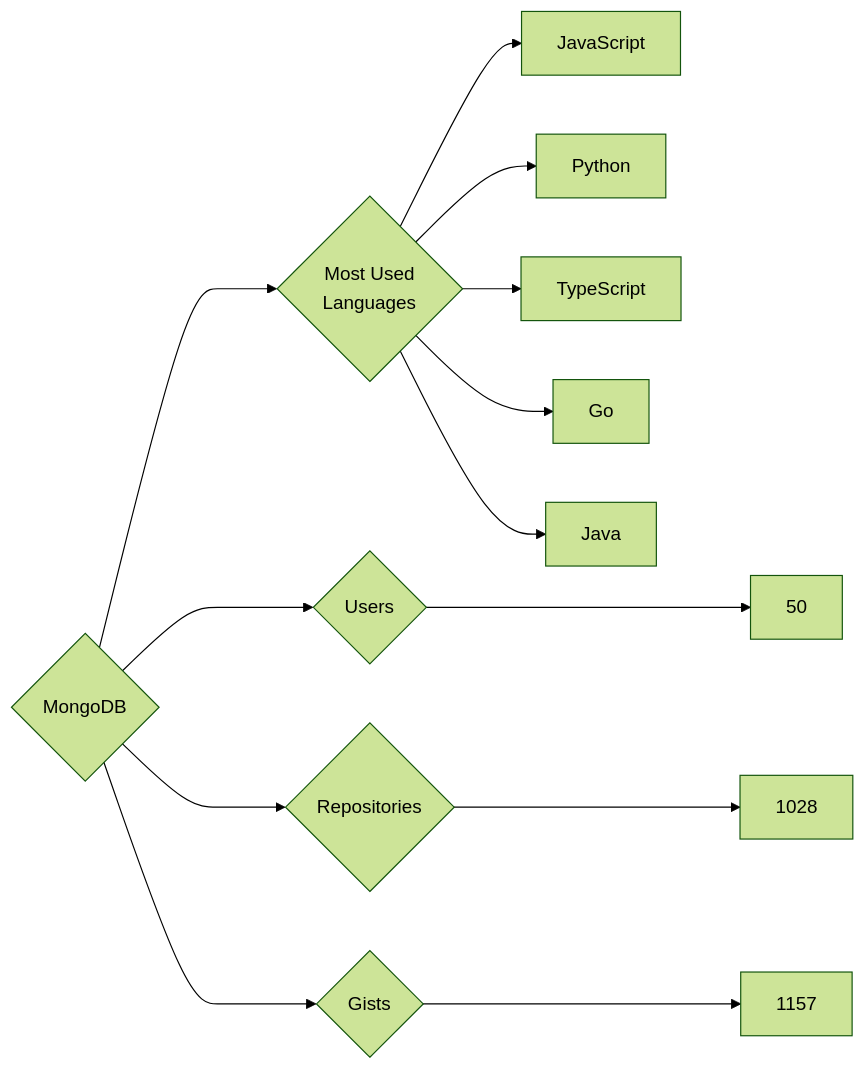
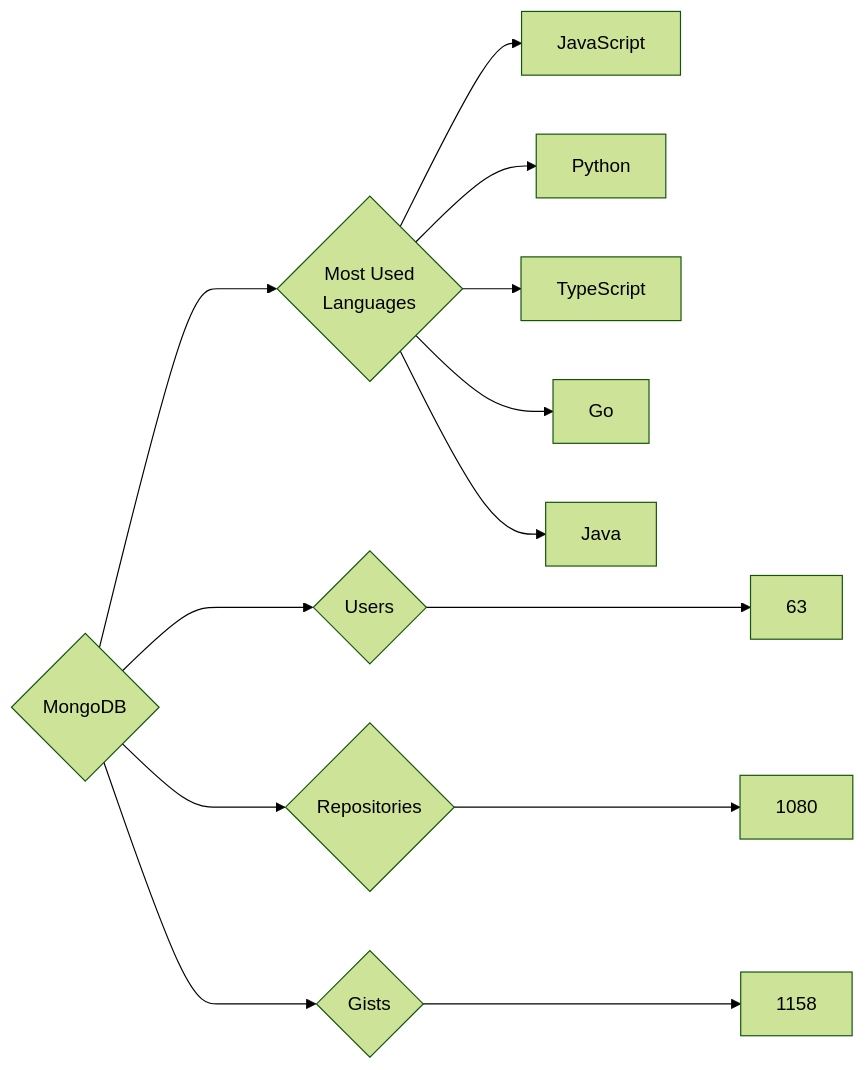
The diagram in targets/MongoDB/README.md (trickest/insiders), drawn with Mermaid (forest theme) before and after one commit. The commit also changed 912 other files, not shown here.

````diff
--- a/targets/MongoDB/README.md
+++ b/targets/MongoDB/README.md
@@ -3,13 +3,13 @@
 ```mermaid
 graph LR
 COMPANY_NAME{MongoDB}
-COMPANY_NAME ---> U{Users} ---> UN[50]
-COMPANY_NAME ---> R{Repositories} ---> RN[1028]
-COMPANY_NAME ---> G{Gists} ---> GN[1157]
+COMPANY_NAME ---> U{Users} ---> UN[63]
+COMPANY_NAME ---> R{Repositories} ---> RN[1080]
+COMPANY_NAME ---> G{Gists} ---> GN[1158]
 COMPANY_NAME ---> ML{Most Used<br>Languages}
 ML --> JavaScript[JavaScript]
 ML --> Python[Python]
 ML --> TypeScript[TypeScript]
 ML --> Go[Go]
 ML --> Java[Java]
 ```
````
